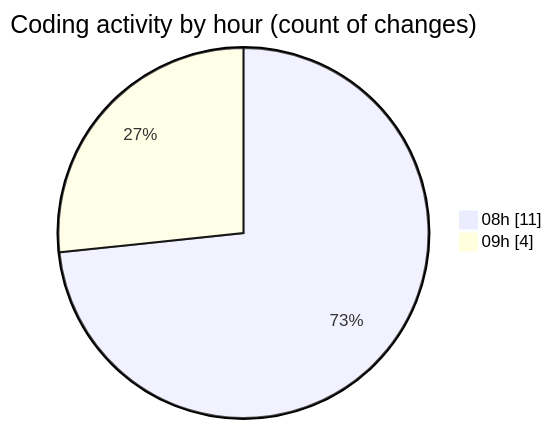
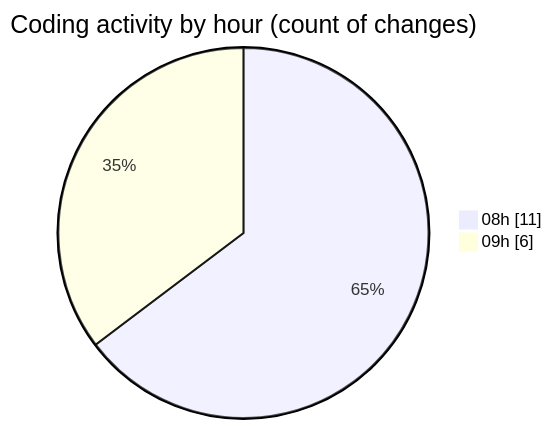
One commit to robertbonfada/code-tracking changed the second of 2 diagrams in 2025-01-13/termonied-web/README.md. Above: the diagram before and after it, drawn with Mermaid. The commit also changed other lines of this file and 1 other file, not shown here.

````diff
--- a/2025-01-13/termonied-web/README.md
+++ b/2025-01-13/termonied-web/README.md
@@ -31,6 +31,6 @@
 ```mermaid
 pie showData
 title Coding activity by hour (count of changes)
 "08h" : 11
-"09h" : 4
+"09h" : 6
 ```
````
